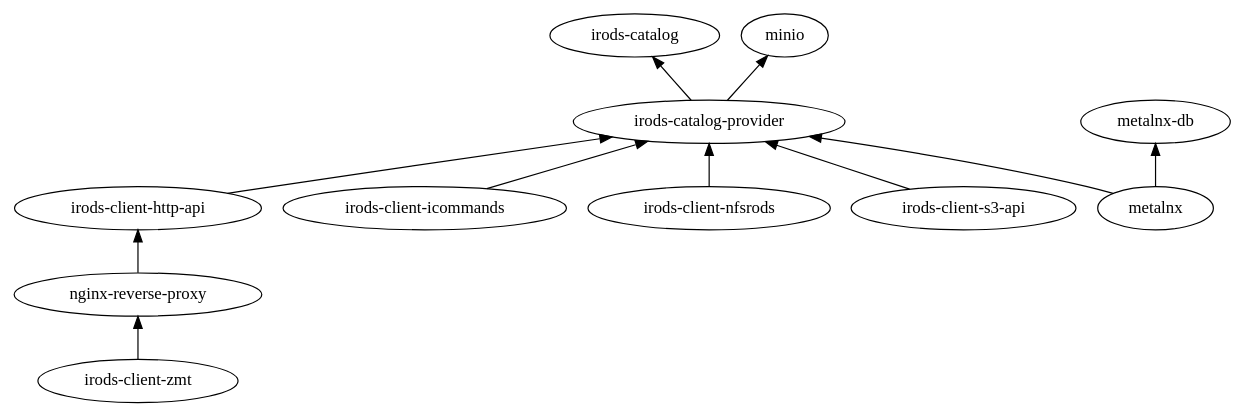
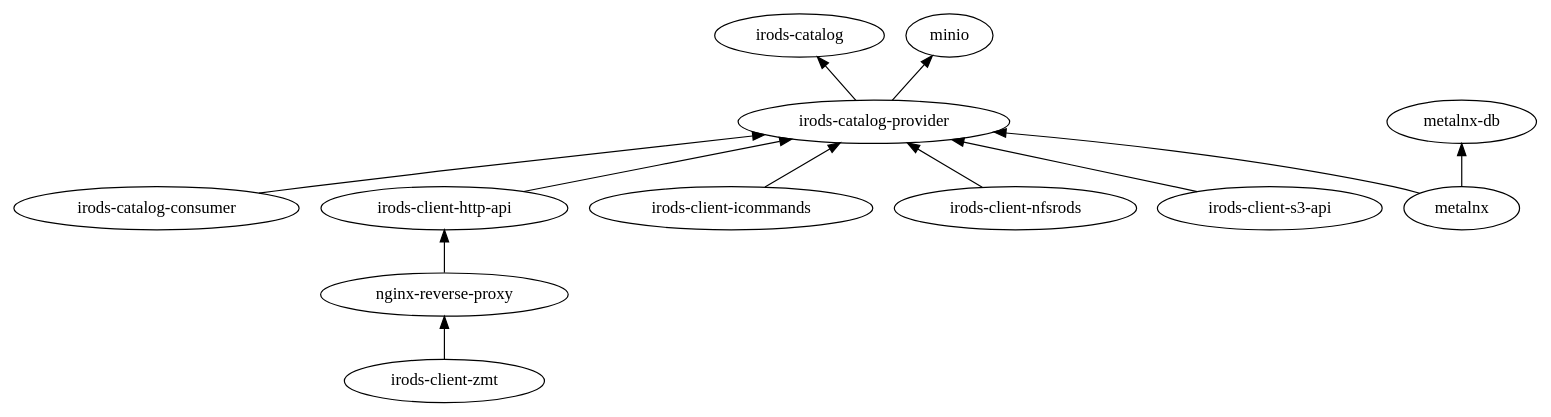
Before and after one commit to irods/irods_demo: the diagram in dependencies.dot, drawn with Graphviz. The commit also changed 1 other file, not shown here.

```diff
--- a/dependencies.dot
+++ b/dependencies.dot
@@ -1,28 +1,30 @@
 digraph G {
 
   rankdir="BT"
 
   catalog    [label = "irods-catalog"];
   provider   [label = "irods-catalog-provider"];
+  consumer   [label = "irods-catalog-consumer"];
   http       [label = "irods-client-http-api"];
   icommands  [label = "irods-client-icommands"];
   nfsrods    [label = "irods-client-nfsrods"];
   nginx      [label = "nginx-reverse-proxy"];
   s3         [label = "irods-client-s3-api"];
   zmt        [label = "irods-client-zmt"];
   metalnxdb  [label = "metalnx-db"];
   metalnx    [label = "metalnx"];
   minio      [label = "minio"];
 
   provider -> catalog;
+  consumer -> provider;
   icommands -> provider;
   nginx -> http;
   zmt -> nginx;
   metalnx -> metalnxdb;
   metalnx -> provider;
   http -> provider;
   s3 -> provider;
   nfsrods -> provider;
   provider -> minio;
 
 }
```
